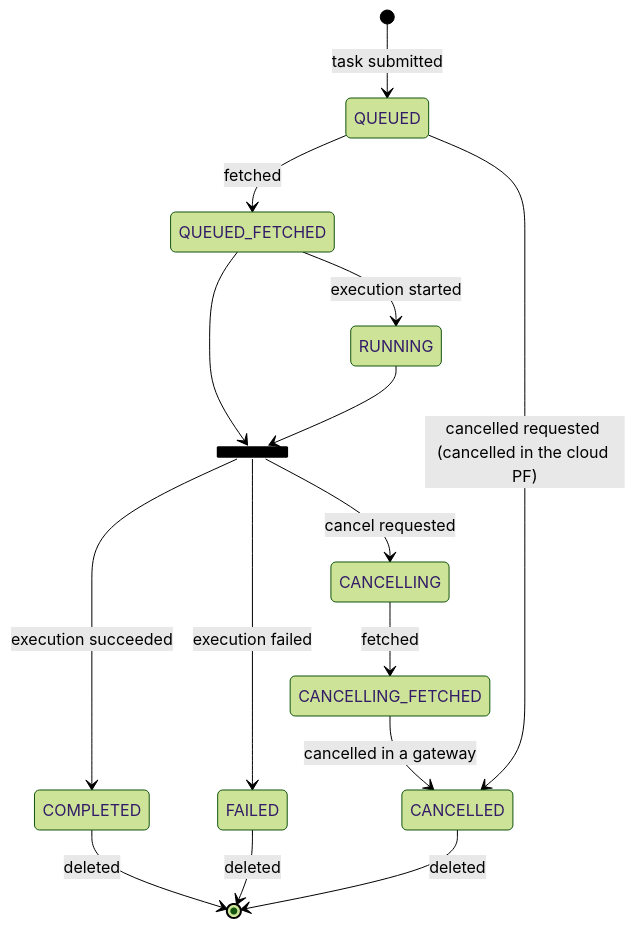
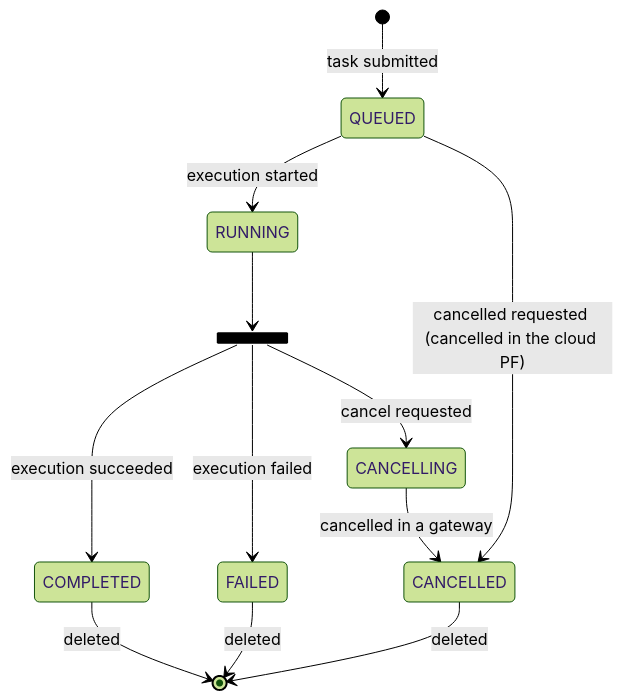
The diagram in docs/en/architecture/task_state_transition_diagram.md (oqtopus-team/oqtopus-cloud), drawn with Mermaid (forest theme) before and after one commit. The commit also changed other lines of this file and 26 other files, not shown here.

````diff
--- a/docs/en/architecture/task_state_transition_diagram.md
+++ b/docs/en/architecture/task_state_transition_diagram.md
@@ -6,23 +6,20 @@
 ```mermaid
 stateDiagram-v2
   [*] --> QUEUED :task submitted
 
-  QUEUED --> QUEUED_FETCHED :fetched
-  QUEUED_FETCHED --> RUNNING :execution started
+  QUEUED --> RUNNING :execution started
   
   state join_state <<join>>
-  QUEUED_FETCHED --> join_state
   RUNNING --> join_state
   
   state join_state <<fork>>
   join_state --> COMPLETED :execution succeeded
   join_state --> FAILED :execution failed
   join_state --> CANCELLING :cancel requested
   
   COMPLETED --> [*] :deleted
   FAILED --> [*] :deleted
-  CANCELLING --> CANCELLING_FETCHED :fetched
-  CANCELLING_FETCHED --> CANCELLED :cancelled in a gateway
+  CANCELLING --> CANCELLED :cancelled in a gateway
   QUEUED --> CANCELLED :cancelled requested (cancelled in the cloud PF)
   CANCELLED --> [*] :deleted
 ```
````
